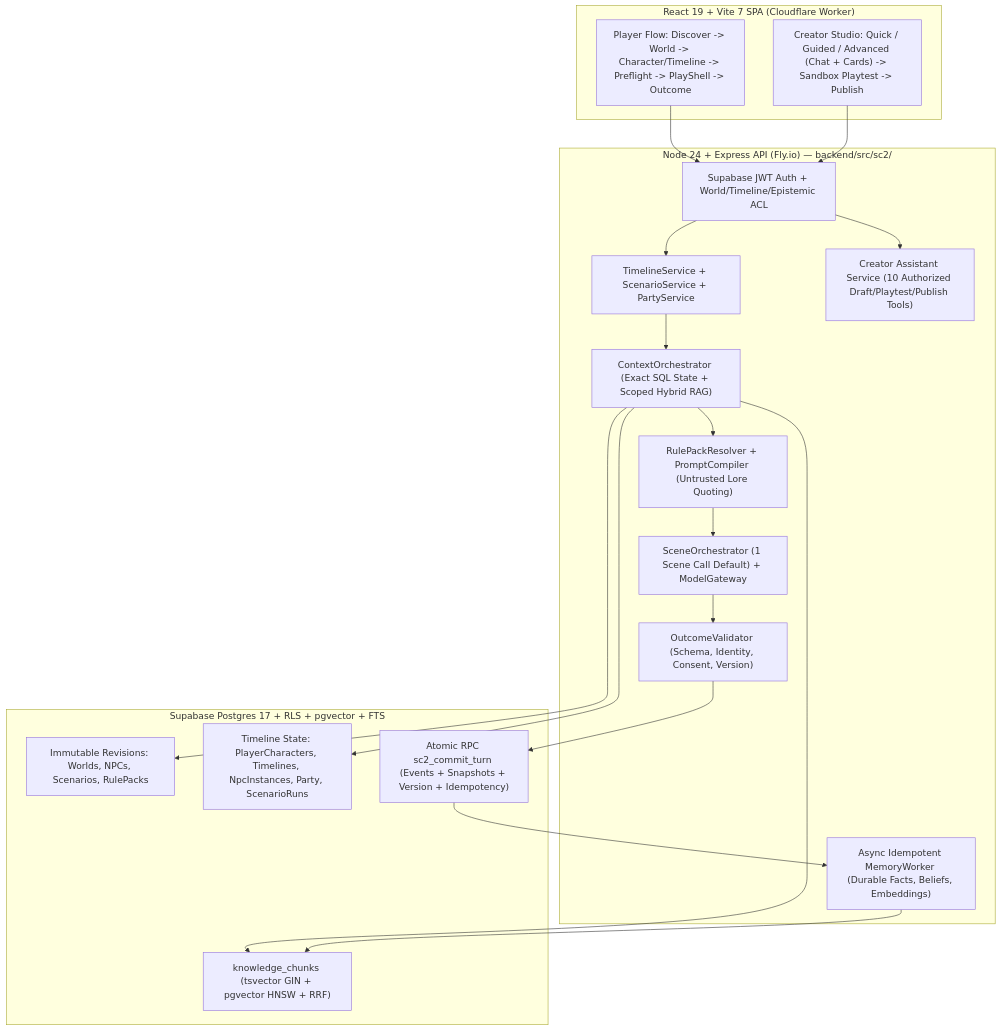
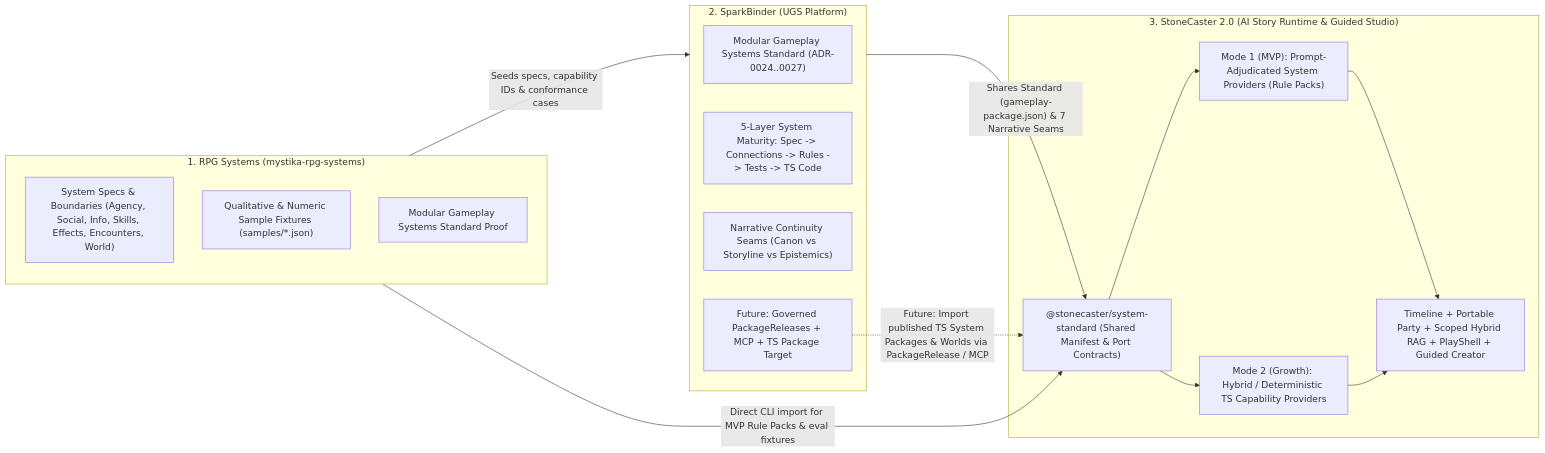
The first of 2 diagrams in docs/Stonecaster_2_0/STONECASTER_2_IMPLEMENTATION_PLAN.md (Daakon/stone-caster-2), drawn with Mermaid before and after one commit. The commit also changed other lines of this file, not shown here.

Commit message:
docs(stonecaster-2.0): revise plan for clean-slate harvest and RPG Systems/SparkBinder alignment

````diff
--- a/docs/Stonecaster_2_0/STONECASTER_2_IMPLEMENTATION_PLAN.md
+++ b/docs/Stonecaster_2_0/STONECASTER_2_IMPLEMENTATION_PLAN.md
@@ -65,40 +43,31 @@
 ```mermaid
-flowchart TB
-    subgraph Client["React 19 + Vite 7 SPA (Cloudflare Worker)"]
-        PlayerUX["Player Flow: Discover -> World -> Character/Timeline -> Preflight -> PlayShell -> Outcome"]
-        CreatorUX["Creator Studio: Quick / Guided / Advanced (Chat + Cards) -> Sandbox Playtest -> Publish"]
+flowchart LR
+    subgraph RPG["1. RPG Systems (mystika-rpg-systems)"]
+        Specs["System Specs & Boundaries (Agency, Social, Info, Skills, Effects, Encounters, World)"]
+        Samples["Qualitative & Numeric Sample Fixtures (samples/*.json)"]
+        RefProof["Modular Gameplay Systems Standard Proof"]
     end
 
-    subgraph API["Node 24 + Express API (Fly.io) — backend/src/sc2/"]
-        ACL["Supabase JWT Auth + World/Timeline/Epistemic ACL"]
-        Domain["TimelineService + ScenarioService + PartyService"]
-        Context["ContextOrchestrator (Exact SQL State + Scoped Hybrid RAG)"]
-        Compiler["RulePackResolver + PromptCompiler (Untrusted Lore Quoting)"]
-        Scene["SceneOrchestrator (1 Scene Call Default) + ModelGateway"]
-        Validator["OutcomeValidator (Schema, Identity, Consent, Version)"]
-        CreatorTools["Creator Assistant Service (10 Authorized Draft/Playtest/Publish Tools)"]
-        MemWorker["Async Idempotent MemoryWorker (Durable Facts, Beliefs, Embeddings)"]
+    subgraph SB["2. SparkBinder (UGS Platform)"]
+        Standard["Modular Gameplay Systems Standard (ADR-0024..0027)"]
+        Maturity["5-Layer System Maturity: Spec -> Connections -> Rules -> Tests -> TS Code"]
+        NarrSeams["Narrative Continuity Seams (Canon vs Storyline vs Epistemics)"]
+        Pkg["Future: Governed PackageReleases + MCP + TS Package Target"]
     end
 
-    subgraph DB["Supabase Postgres 17 + RLS + pgvector + FTS"]
-        Defs["Immutable Revisions: Worlds, NPCs, Scenarios, RulePacks"]
-        Inst["Timeline State: PlayerCharacters, Timelines, NpcInstances, Party, ScenarioRuns"]
-        CommitRPC["Atomic RPC sc2_commit_turn (Events + Snapshots + Version + Idempotency)"]
-        Chunks["knowledge_chunks (tsvector GIN + pgvector HNSW + RRF)"]
+    subgraph SC2["3. StoneCaster 2.0 (AI Story Runtime & Guided Studio)"]
+        SysStd["@stonecaster/system-standard (Shared Manifest & Port Contracts)"]
+        Mode1["Mode 1 (MVP): Prompt-Adjudicated System Providers (Rule Packs)"]
+        Mode2["Mode 2 (Growth): Hybrid / Deterministic TS Capability Providers"]
+        Runtime["Timeline + Portable Party + Scoped Hybrid RAG + PlayShell + Guided Creator"]
     end
 
-    PlayerUX --> ACL
-    CreatorUX --> ACL
-    ACL --> Domain
-    ACL --> CreatorTools
-    Domain --> Context
-    Context --> Defs
-    Context --> Inst
-    Context --> Chunks
-    Context --> Compiler
-    Compiler --> Scene
-    Scene --> Validator
-    Validator --> CommitRPC
-    CommitRPC --> MemWorker
-    MemWorker --> Chunks
+    RPG -->|"Seeds specs, capability IDs & conformance cases"| SB
+    RPG -->|"Direct CLI import for MVP Rule Packs & eval fixtures"| SysStd
+    SB -->|"Shares Standard (gameplay-package.json) & 7 Narrative Seams"| SysStd
+    Pkg -.->|"Future: Import published TS System Packages & Worlds via PackageRelease / MCP"| SysStd
+    SysStd --> Mode1
+    SysStd --> Mode2
+    Mode1 --> Runtime
+    Mode2 --> Runtime
 ```
````
